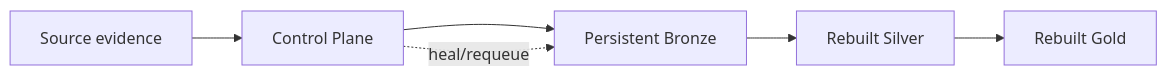
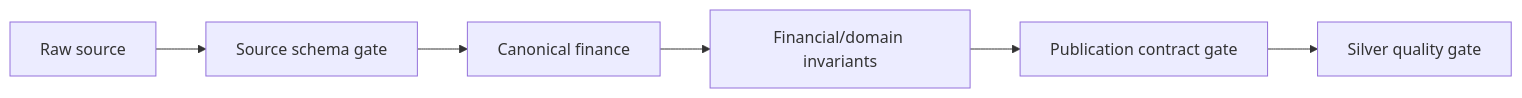
Before and after one commit to tks18/personal-finance-etl: the sixth of 7 diagrams in docs/architecture/reliability-and-recovery.md, drawn with Mermaid. The commit also changed other lines of this file and 10 other files, not shown here.

Commit message:
docs: update docs/architecture for latest version

````diff
--- a/docs/architecture/reliability-and-recovery.md
+++ b/docs/architecture/reliability-and-recovery.md
@@ -235,9 +368,8 @@
 ```mermaid
 flowchart LR
-    SRC[Source evidence] --> CP[Control Plane]
-    CP --> BR[Persistent Bronze]
-    BR --> S[Rebuilt Silver]
-    S --> G[Rebuilt Gold]
-
-    CP -. heal/requeue .-> BR
+    Raw[Raw source] --> SG[Source schema gate]
+    SG --> Canon[Canonical finance]
+    Canon --> FG[Financial/domain invariants]
+    FG --> PG[Publication contract gate]
+    PG --> Silver[Silver quality gate]
 ```
````
